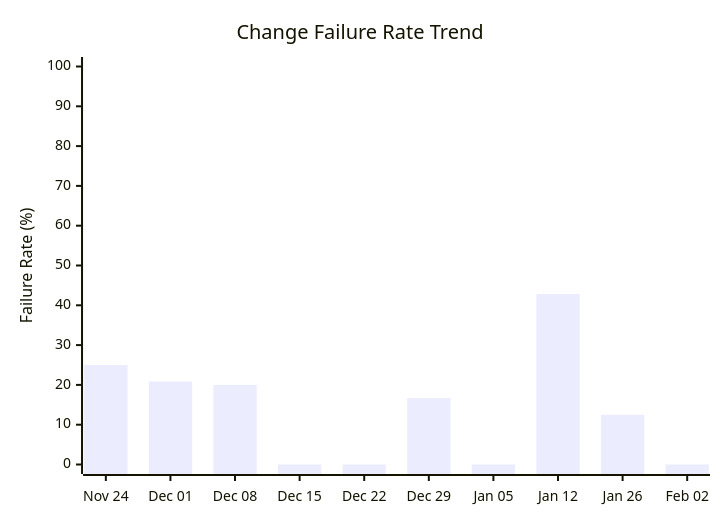
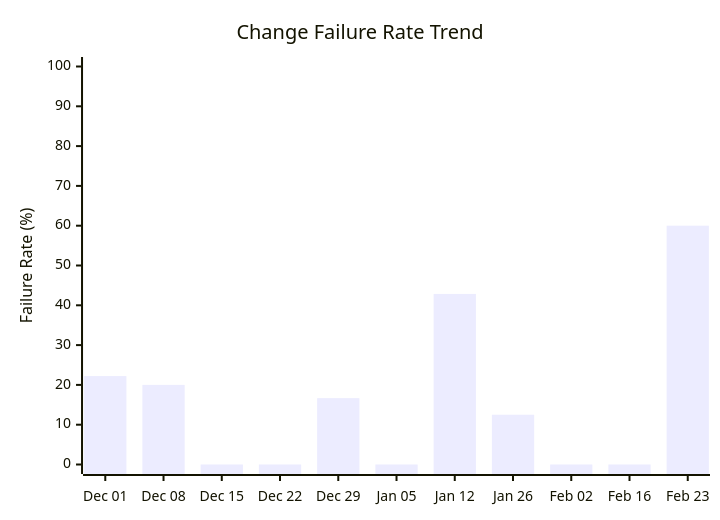
The fourth of 4 diagrams in docs/ci-cd/dora-summary.md (ukma-cs-ssdm-2025/rate-ukma), drawn with Mermaid before and after one commit. The commit also changed other lines of this file, not shown here.

````diff
--- a/docs/ci-cd/dora-summary.md
+++ b/docs/ci-cd/dora-summary.md
@@ -65,7 +71,7 @@
 ```mermaid
 xychart-beta
     title "Change Failure Rate Trend"
-    x-axis ["Nov 24", "Dec 01", "Dec 08", "Dec 15", "Dec 22", "Dec 29", "Jan 05", "Jan 12", "Jan 26", "Feb 02"]
+    x-axis ["Dec 01", "Dec 08", "Dec 15", "Dec 22", "Dec 29", "Jan 05", "Jan 12", "Jan 26", "Feb 02", "Feb 16", "Feb 23"]
     y-axis "Failure Rate (%)" 0 --> 100
-    bar [25.00, 20.83, 20.00, 0.00, 0.00, 16.67, 0.00, 42.86, 12.50, 0.00]
+    bar [22.22, 20.00, 0.00, 0.00, 16.67, 0.00, 42.86, 12.50, 0.00, 0.00, 60.00]
 ```
````
